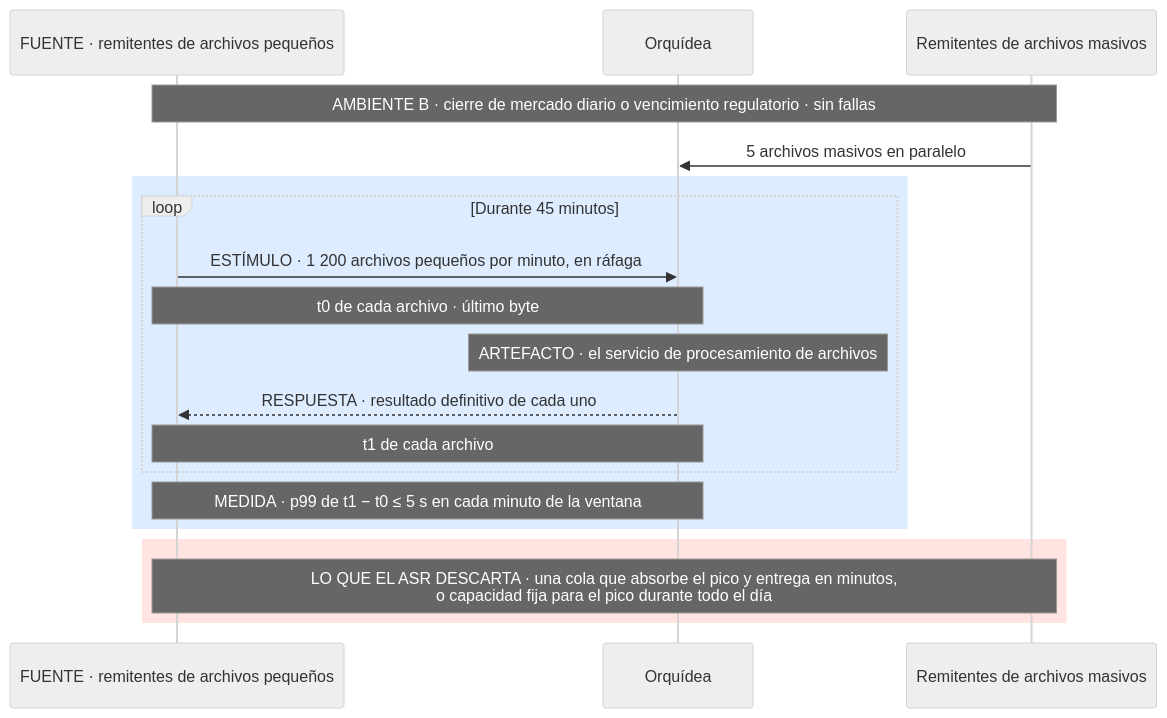
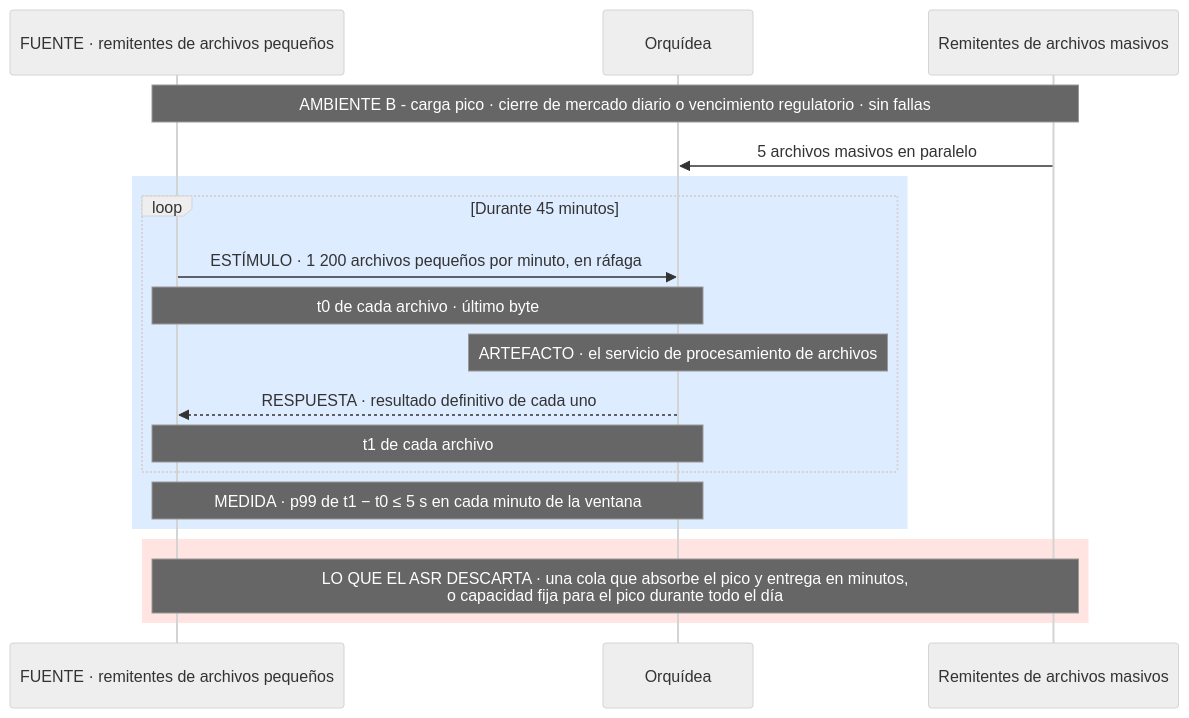
One commit to MATI-MBIT/arqsoft-reto-4 changed the sixth of 17 diagrams in docs/quality-attributes.md. Above: the diagram before and after it, drawn with Mermaid (neutral theme). The commit also changed other lines of this file and 6 other files, not shown here.

````diff
--- a/docs/quality-attributes.md
+++ b/docs/quality-attributes.md
@@ -362,21 +362,21 @@
 ```mermaid
 sequenceDiagram
     participant R as FUENTE · remitentes de archivos pequeños
     participant O as Orquídea
     participant M as Remitentes de archivos masivos
-    Note over R,M: AMBIENTE B · cierre de mercado diario o vencimiento regulatorio · sin fallas
+    Note over R,M: AMBIENTE B - carga pico · cierre de mercado diario o vencimiento regulatorio · sin fallas
     M->>O: 5 archivos masivos en paralelo
     rect rgb(222, 236, 255)
     loop Durante 45 minutos
         R->>O: ESTÍMULO · 1 200 archivos pequeños por minuto, en ráfaga
         Note over R,O: t0 de cada archivo · último byte
         Note over O: ARTEFACTO · el servicio de procesamiento de archivos
         O-->>R: RESPUESTA · resultado definitivo de cada uno
         Note over R,O: t1 de cada archivo
     end
     Note over R,O: MEDIDA · p99 de t1 − t0 ≤ 5 s en cada minuto de la ventana
     end
     rect rgb(255, 228, 225)
     Note over R,M: LO QUE EL ASR DESCARTA · una cola que absorbe el pico y entrega en minutos,<br/>o capacidad fija para el pico durante todo el día
     end
 ```
````
